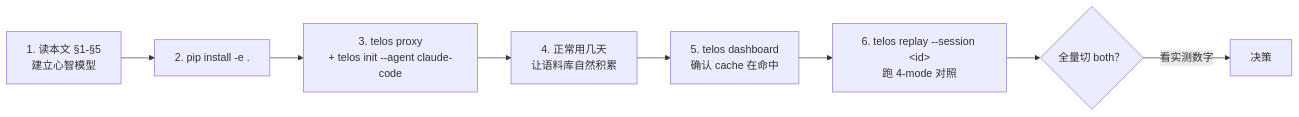
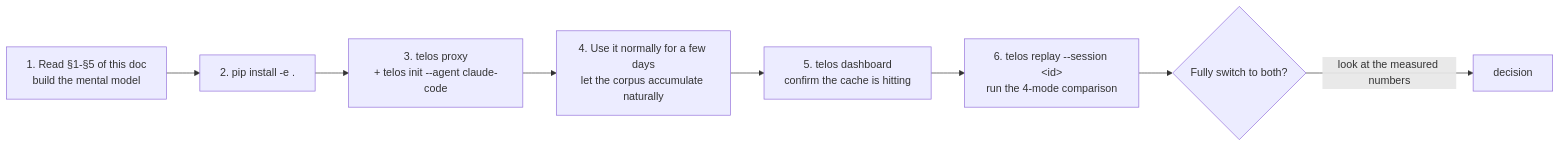
Before and after one commit to telos-pro/telos-sdk: the eighth of 8 diagrams in docs/playbook.md, drawn with Mermaid. The commit also changed other lines of this file and 93 other files, not shown here.

````diff
--- a/docs/playbook.md
+++ b/docs/playbook.md
@@ -528,10 +528,10 @@
 ```mermaid
 flowchart LR
-  S1["1. 读本文 §1-§5<br/>建立心智模型"] --> S2["2. pip install -e ."]
+  S1["1. Read §1-§5 of this doc<br/>build the mental model"] --> S2["2. pip install -e ."]
   S2 --> S3["3. telos proxy<br/>+ telos init --agent claude-code"]
-  S3 --> S4["4. 正常用几天<br/>让语料库自然积累"]
-  S4 --> S5["5. telos dashboard<br/>确认 cache 在命中"]
-  S5 --> S6["6. telos replay --session &lt;id&gt;<br/>跑 4-mode 对照"]
-  S6 --> S7{"全量切 both？"}
-  S7 -- "看实测数字" --> S8["决策"]
+  S3 --> S4["4. Use it normally for a few days<br/>let the corpus accumulate naturally"]
+  S4 --> S5["5. telos dashboard<br/>confirm the cache is hitting"]
+  S5 --> S6["6. telos replay --session &lt;id&gt;<br/>run the 4-mode comparison"]
+  S6 --> S7{"Fully switch to both?"}
+  S7 -- "look at the measured numbers" --> S8["decision"]
 ```
````
